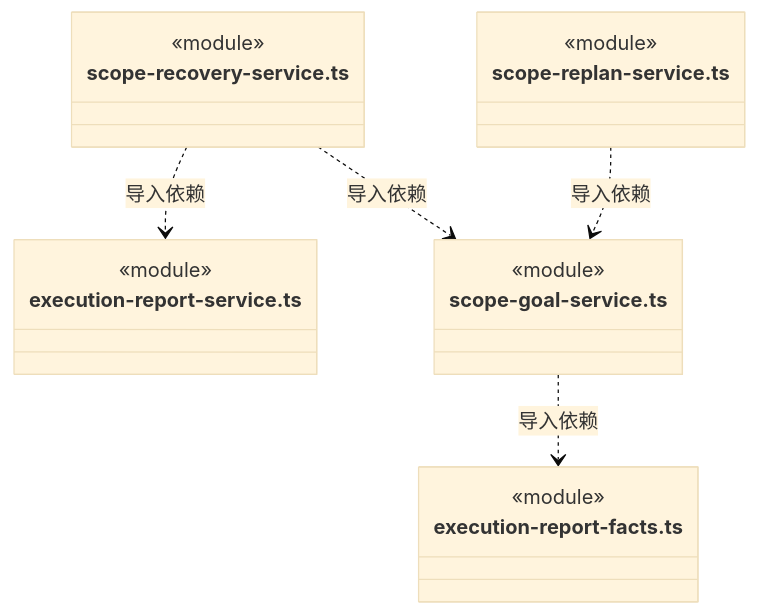
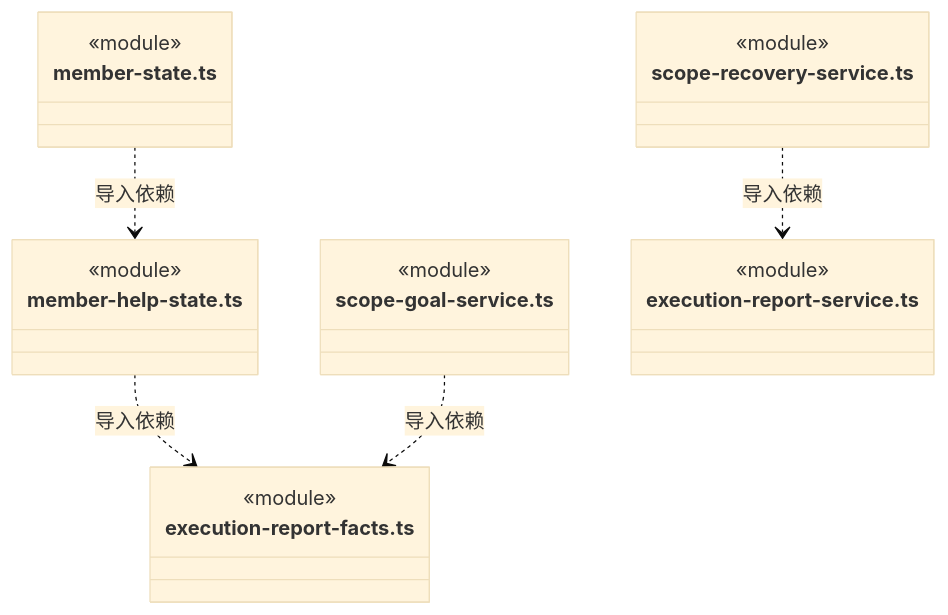
Before and after one commit to nan023062/cbim: diagram 35 of 39 in src/backend/scheduler-engine/execution/ARCHITECTURE.md, drawn with Mermaid (base theme). The commit also changed other lines of this file and 47 other files, not shown here.

````diff
--- a/src/backend/scheduler-engine/execution/ARCHITECTURE.md
+++ b/src/backend/scheduler-engine/execution/ARCHITECTURE.md
@@ -945,22 +960,25 @@
 ```mermaid
 classDiagram
-class N_src_backend_scheduler_engine_execution_scope_goal_service_ts["scope-goal-service.ts"] {
+class N_src_backend_scheduler_engine_execution_member_help_state_ts["member-help-state.ts"] {
   <<module>>
 }
 class N_src_backend_scheduler_engine_execution_execution_report_facts_ts["execution-report-facts.ts"] {
+  <<module>>
+}
+class N_src_backend_scheduler_engine_execution_member_state_ts["member-state.ts"] {
+  <<module>>
+}
+class N_src_backend_scheduler_engine_execution_scope_goal_service_ts["scope-goal-service.ts"] {
   <<module>>
 }
 class N_src_backend_scheduler_engine_execution_scope_recovery_service_ts["scope-recovery-service.ts"] {
   <<module>>
 }
 class N_src_backend_scheduler_engine_execution_execution_report_service_ts["execution-report-service.ts"] {
   <<module>>
 }
-class N_src_backend_scheduler_engine_execution_scope_replan_service_ts["scope-replan-service.ts"] {
-  <<module>>
-}
+N_src_backend_scheduler_engine_execution_member_help_state_ts ..> N_src_backend_scheduler_engine_execution_execution_report_facts_ts : 导入依赖
+N_src_backend_scheduler_engine_execution_member_state_ts ..> N_src_backend_scheduler_engine_execution_member_help_state_ts : 导入依赖
 N_src_backend_scheduler_engine_execution_scope_goal_service_ts ..> N_src_backend_scheduler_engine_execution_execution_report_facts_ts : 导入依赖
 N_src_backend_scheduler_engine_execution_scope_recovery_service_ts ..> N_src_backend_scheduler_engine_execution_execution_report_service_ts : 导入依赖
-N_src_backend_scheduler_engine_execution_scope_recovery_service_ts ..> N_src_backend_scheduler_engine_execution_scope_goal_service_ts : 导入依赖
-N_src_backend_scheduler_engine_execution_scope_replan_service_ts ..> N_src_backend_scheduler_engine_execution_scope_goal_service_ts : 导入依赖
 ```
````
